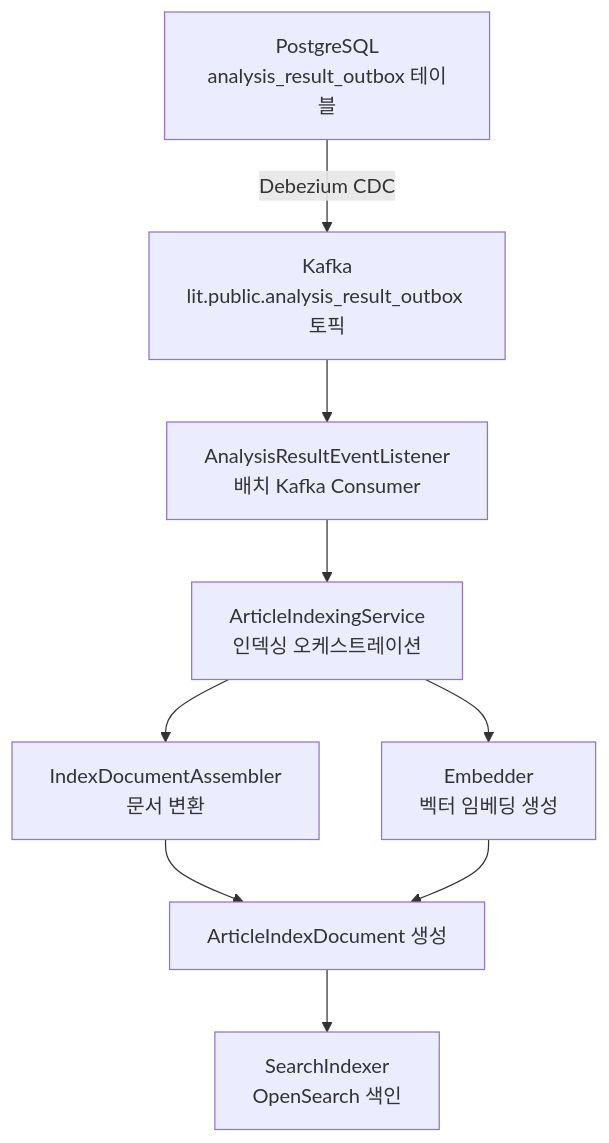
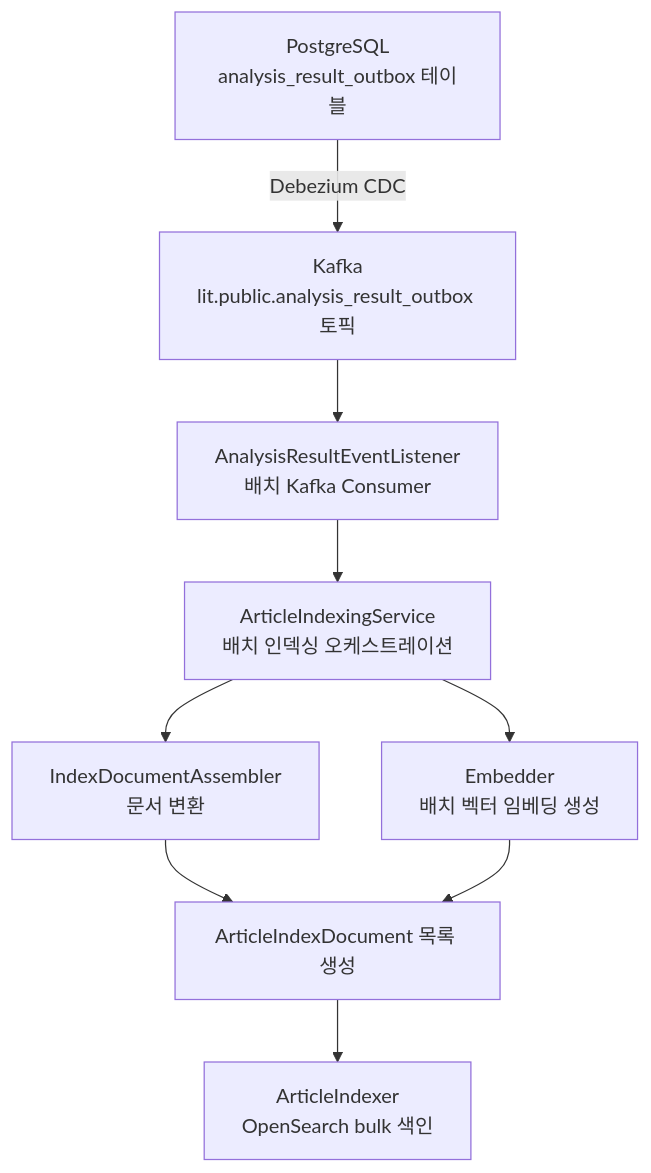
The first of 3 diagrams in indexer/ARCHITECTURE.md (vonkernel/local-incident-tracker), drawn with Mermaid before and after one commit. The commit also changed other lines of this file and 19 other files, not shown here.

First line of the commit message:
Refactor indexer to batch processing with bulk embedding and indexing

````diff
--- a/indexer/ARCHITECTURE.md
+++ b/indexer/ARCHITECTURE.md
@@ -41,11 +41,11 @@
 ```mermaid
 flowchart TD
     A[PostgreSQL<br/>analysis_result_outbox 테이블] -->|Debezium CDC| B[Kafka<br/>lit.public.analysis_result_outbox 토픽]
     B --> C[AnalysisResultEventListener<br/>배치 Kafka Consumer]
-    C --> D[ArticleIndexingService<br/>인덱싱 오케스트레이션]
+    C --> D[ArticleIndexingService<br/>배치 인덱싱 오케스트레이션]
     D --> E[IndexDocumentAssembler<br/>문서 변환]
-    D --> F[Embedder<br/>벡터 임베딩 생성]
-    E --> G[ArticleIndexDocument 생성]
+    D --> F[Embedder<br/>배치 벡터 임베딩 생성]
+    E --> G[ArticleIndexDocument 목록 생성]
     F --> G
-    G --> H[SearchIndexer<br/>OpenSearch 색인]
+    G --> H[ArticleIndexer<br/>OpenSearch bulk 색인]
 ```
````
